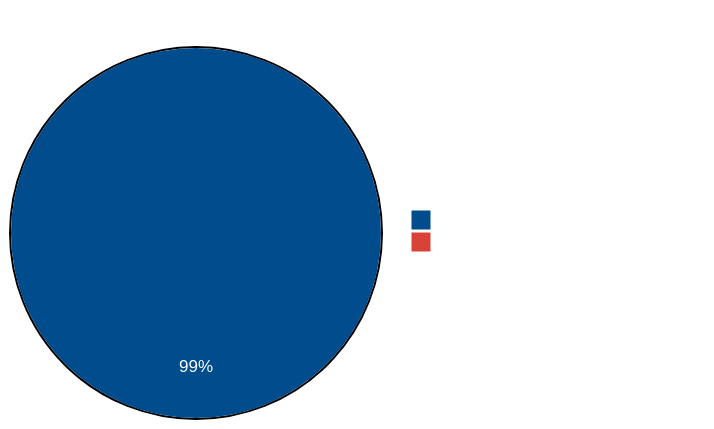
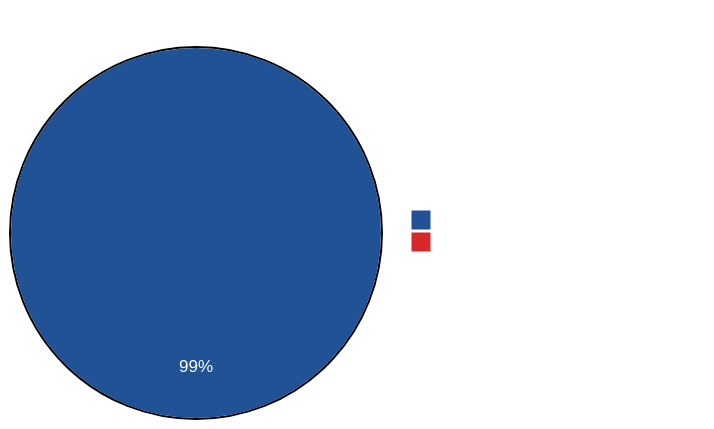
The second of 2 diagrams in README.md (lisiki-jp/okinawa_gametheory), drawn with Mermaid before and after one commit.

````diff
--- a/README.md
+++ b/README.md
@@ -27,21 +27,20 @@
 ```mermaid
 %%{init: {
   "theme": "base",
   "themeVariables": {
-    "darkMode": true,
-    "background": "#1a1a1a",
+    "primaryColor": "#1f77b4",
     "primaryTextColor": "#ffffff",
-    "pieTitleTextColor": "#ffffff",
-    "pieLegendTextColor": "#ffffff",
+    "primaryBorderColor": "#ffffff",
+    "lineColor": "#f0f0f0",
+    "pie1": "#205295",
+    "pie2": "#d62828",
     "pieSectionTextColor": "#ffffff",
-    "pie1": "#004c8c",
-    "pie2": "#d94236",
     "pieStrokeWidth": "0px",
     "pieOpacity": "1"
   }
 }}%%
 pie showData
     title Local vs. National in Okinawa
     "Okinawa Papers (99.43%)" : 247893
     "National Papers (0.57%)" : 1418
 ```
````
